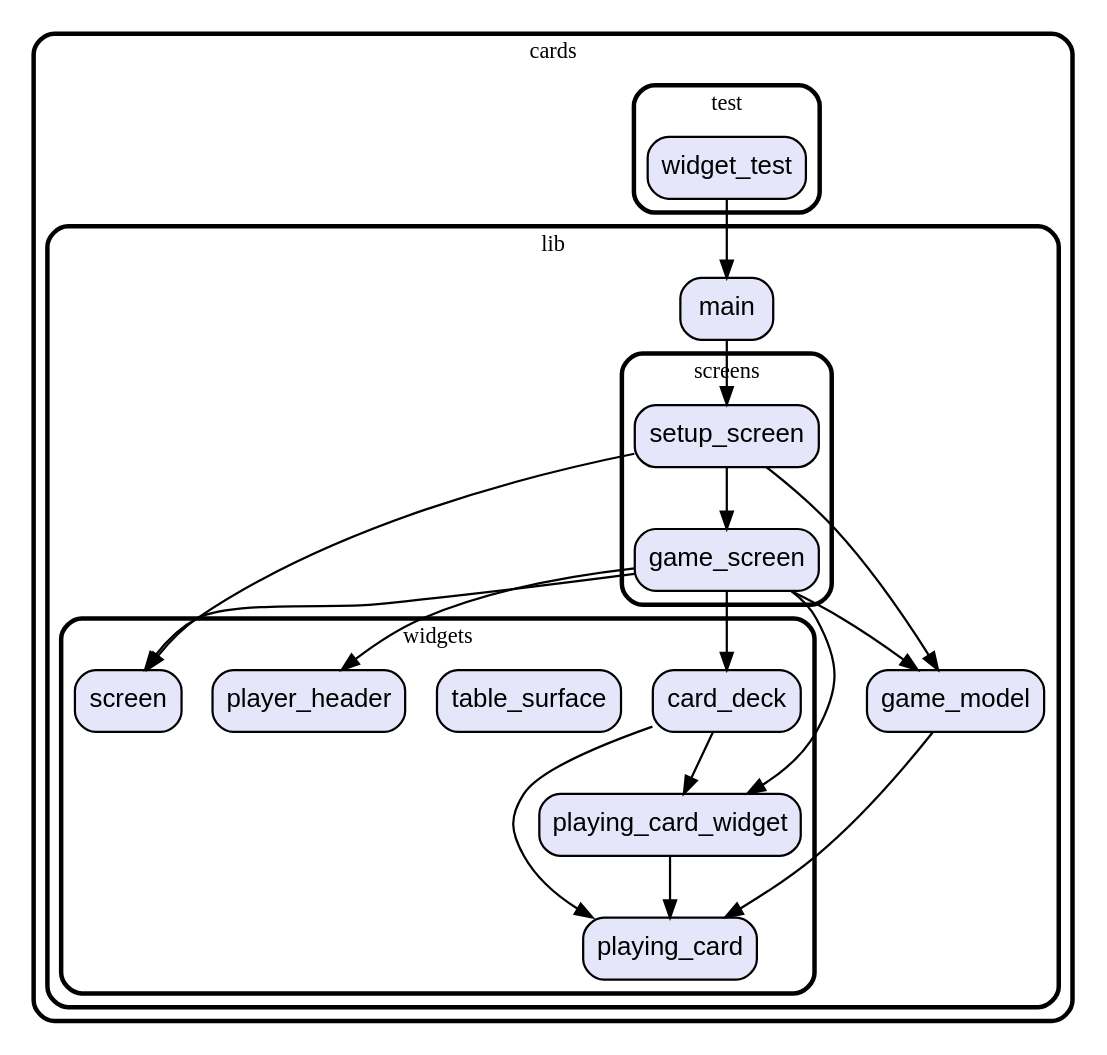
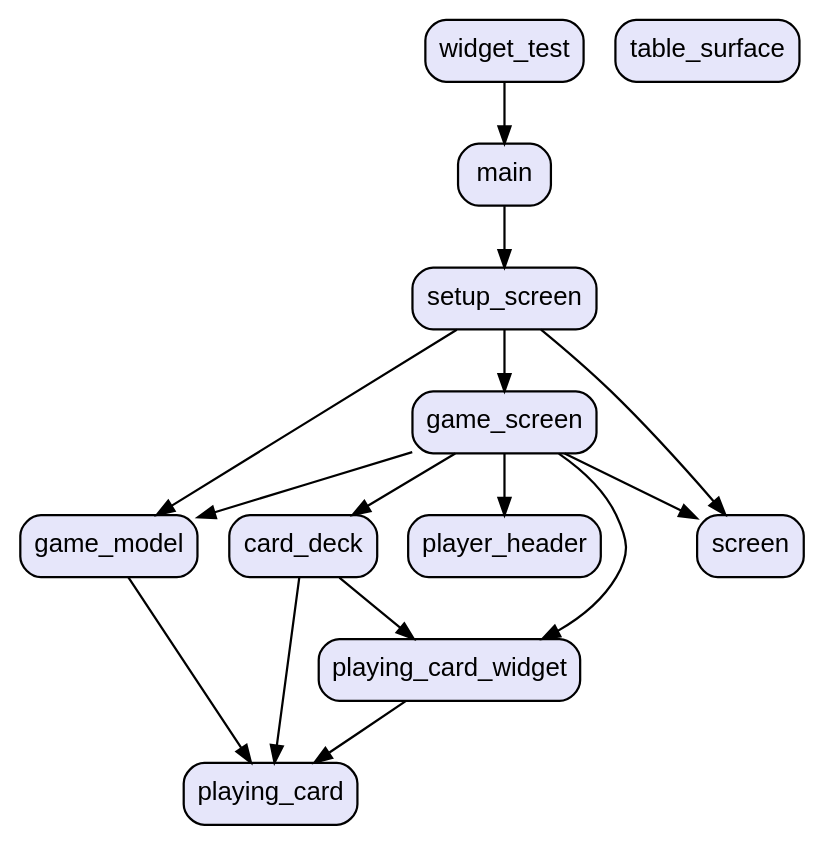
One commit to vteam-com/Cards changed the diagram in graph.dot. Above: the diagram before and after it, drawn with Graphviz. The commit also changed 3 other files, not shown here.

```diff
--- a/graph.dot
+++ b/graph.dot
@@ -1,56 +1,30 @@
 digraph "" {
   graph [style=rounded fontname="Arial Black" fontsize=13 penwidth=2.6];
   node [shape=rect style="filled,rounded" fontname=Arial fontsize=15 fillcolor=Lavender penwidth=1.3];
   edge [penwidth=1.3];
-  "/test/widget_test.dart" [label="widget_test"];
   "/lib/game_model.dart" [label="game_model"];
+  "/lib/main.dart" [label="main"];
   "/lib/screens/game_screen.dart" [label="game_screen"];
   "/lib/screens/setup_screen.dart" [label="setup_screen"];
-  "/lib/main.dart" [label="main"];
+  "/lib/widgets/card_deck.dart" [label="card_deck"];
+  "/lib/widgets/player_header.dart" [label="player_header"];
+  "/lib/widgets/playing_card.dart" [label="playing_card"];
   "/lib/widgets/playing_card_widget.dart" [label="playing_card_widget"];
-  "/lib/widgets/card_deck.dart" [label="card_deck"];
+  "/lib/widgets/screen.dart" [label="screen"];
   "/lib/widgets/table_surface.dart" [label="table_surface"];
-  "/lib/widgets/playing_card.dart" [label="playing_card"];
-  "/lib/widgets/screen.dart" [label="screen"];
-  "/lib/widgets/player_header.dart" [label="player_header"];
-  subgraph "cluster~" {
-    label="cards";
-    subgraph "cluster~/test" {
-      label="test";
-      "/test/widget_test.dart";
-    }
-    subgraph "cluster~/lib" {
-      label="lib";
-      "/lib/game_model.dart";
-      "/lib/main.dart";
-      subgraph "cluster~/lib/screens" {
-        label="screens";
-        "/lib/screens/game_screen.dart";
-        "/lib/screens/setup_screen.dart";
-      }
-      subgraph "cluster~/lib/widgets" {
-        label="widgets";
-        "/lib/widgets/playing_card_widget.dart";
-        "/lib/widgets/card_deck.dart";
-        "/lib/widgets/table_surface.dart";
-        "/lib/widgets/playing_card.dart";
-        "/lib/widgets/screen.dart";
-        "/lib/widgets/player_header.dart";
-      }
-    }
-  }
-  "/test/widget_test.dart" -> "/lib/main.dart";
+  "/test/widget_test.dart" [label="widget_test"];
   "/lib/game_model.dart" -> "/lib/widgets/playing_card.dart";
+  "/lib/main.dart" -> "/lib/screens/setup_screen.dart";
   "/lib/screens/game_screen.dart" -> "/lib/widgets/card_deck.dart";
   "/lib/screens/game_screen.dart" -> "/lib/widgets/player_header.dart";
   "/lib/screens/game_screen.dart" -> "/lib/widgets/playing_card_widget.dart";
   "/lib/screens/game_screen.dart" -> "/lib/widgets/screen.dart";
   "/lib/screens/game_screen.dart" -> "/lib/game_model.dart";
   "/lib/screens/setup_screen.dart" -> "/lib/game_model.dart";
   "/lib/screens/setup_screen.dart" -> "/lib/screens/game_screen.dart";
   "/lib/screens/setup_screen.dart" -> "/lib/widgets/screen.dart";
-  "/lib/main.dart" -> "/lib/screens/setup_screen.dart";
-  "/lib/widgets/playing_card_widget.dart" -> "/lib/widgets/playing_card.dart";
   "/lib/widgets/card_deck.dart" -> "/lib/widgets/playing_card.dart";
   "/lib/widgets/card_deck.dart" -> "/lib/widgets/playing_card_widget.dart";
+  "/lib/widgets/playing_card_widget.dart" -> "/lib/widgets/playing_card.dart";
+  "/test/widget_test.dart" -> "/lib/main.dart";
 }
```
